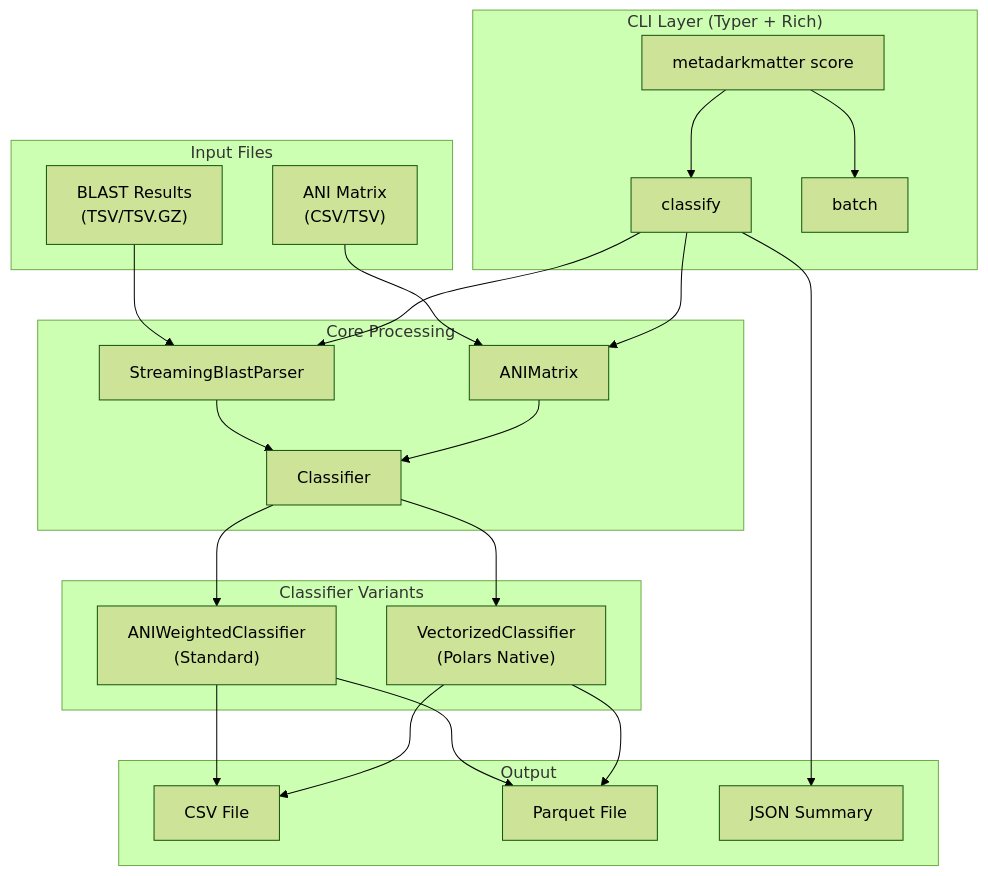
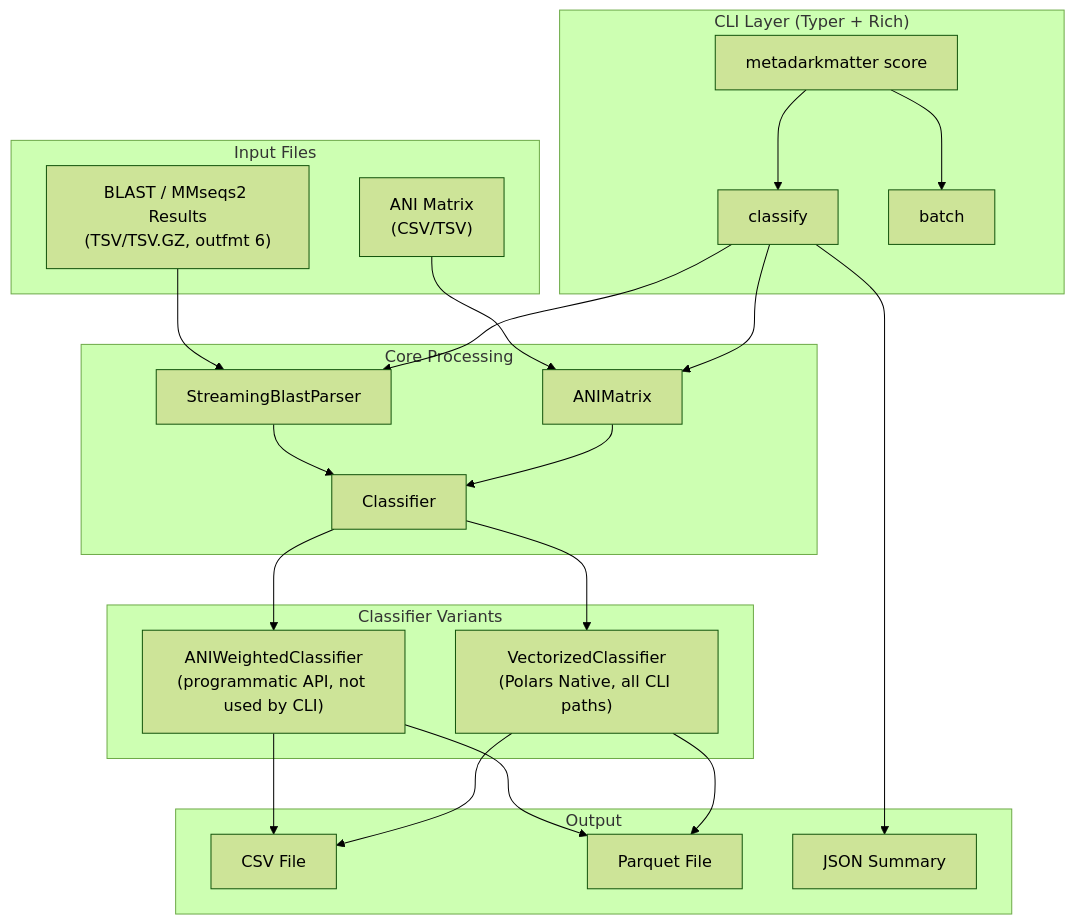
The first of 20 diagrams in docs/ARCHITECTURE.md (FOI-Bioinformatics/metadarkmatter), drawn with Mermaid (forest theme) before and after one commit. The commit also changed other lines of this file and 3 other files, not shown here.

````diff
--- a/docs/ARCHITECTURE.md
+++ b/docs/ARCHITECTURE.md
@@ -7,53 +7,53 @@
 ```mermaid
 flowchart TB
     subgraph Inputs["Input Files"]
-        BLAST["BLAST Results<br/>(TSV/TSV.GZ)"]
+        BLAST["BLAST / MMseqs2 Results<br/>(TSV/TSV.GZ, outfmt 6)"]
         ANI["ANI Matrix<br/>(CSV/TSV)"]
     end
 
     subgraph CLI["CLI Layer (Typer + Rich)"]
         CMD["metadarkmatter score"]
         CLASSIFY["classify"]
         BATCH["batch"]
     end
 
     subgraph Core["Core Processing"]
         PARSER["StreamingBlastParser"]
         ANIMAT["ANIMatrix"]
         CLASS["Classifier"]
     end
 
     subgraph Classifiers["Classifier Variants"]
-        STD["ANIWeightedClassifier<br/>(Standard)"]
-        VEC["VectorizedClassifier<br/>(Polars Native)"]
+        STD["ANIWeightedClassifier<br/>(programmatic API, not used by CLI)"]
+        VEC["VectorizedClassifier<br/>(Polars Native, all CLI paths)"]
     end
 
     subgraph Output["Output"]
         CSV["CSV File"]
         PARQUET["Parquet File"]
         SUMMARY["JSON Summary"]
     end
 
     BLAST --> PARSER
     ANI --> ANIMAT
 
     CMD --> CLASSIFY
     CMD --> BATCH
 
     CLASSIFY --> PARSER
     CLASSIFY --> ANIMAT
 
     PARSER --> CLASS
     ANIMAT --> CLASS
 
     CLASS --> STD
     CLASS --> VEC
 
     STD --> CSV
     VEC --> CSV
 
     STD --> PARQUET
     VEC --> PARQUET
 
     CLASSIFY --> SUMMARY
 ```
````
